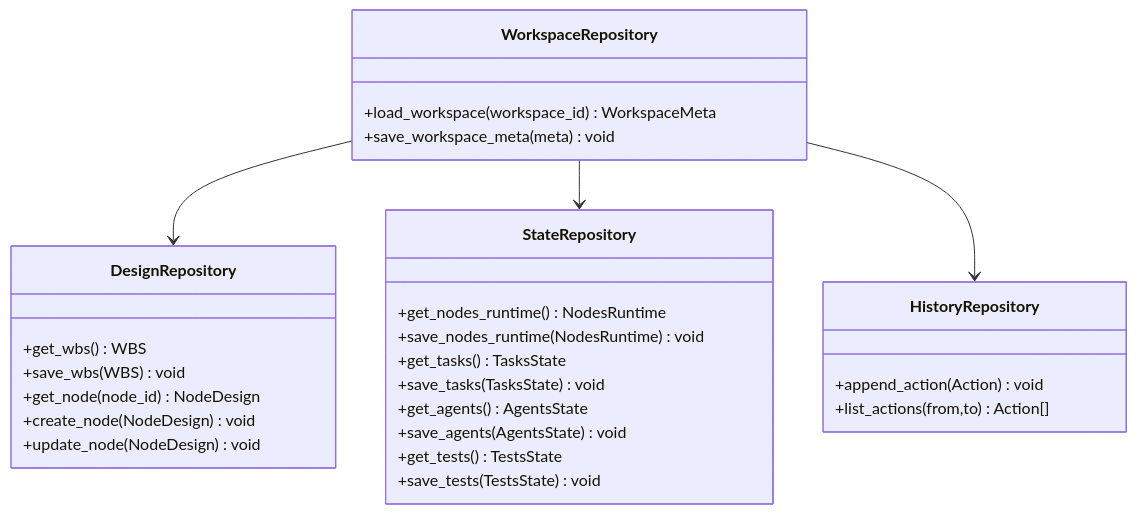
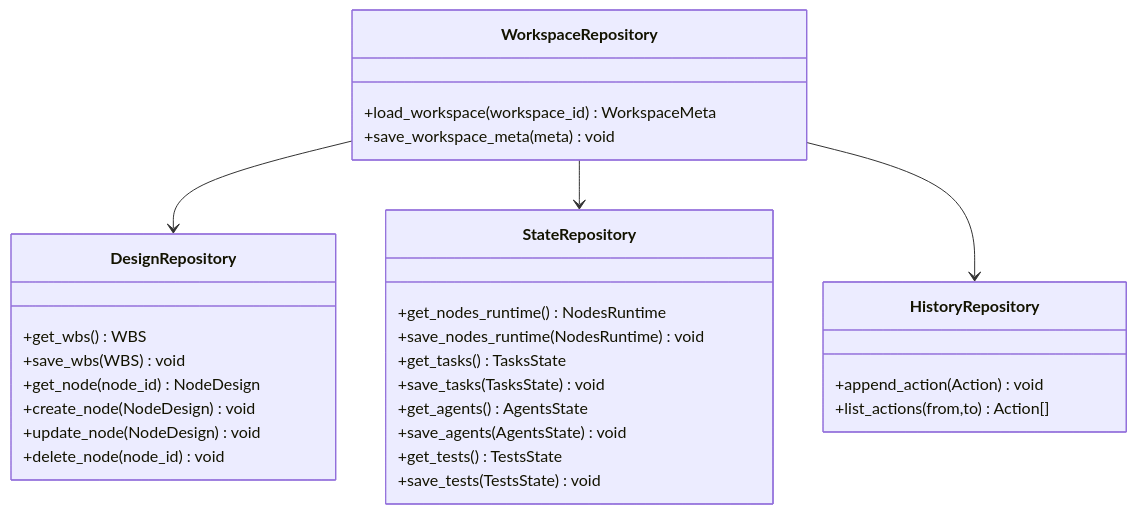
The seventh of 7 diagrams in docs/design/orchestrator-persistence-v2.md (biwakonbu/agent-runner), drawn with Mermaid before and after one commit. The commit also changed 38 other files, not shown here.

````diff
--- a/docs/design/orchestrator-persistence-v2.md
+++ b/docs/design/orchestrator-persistence-v2.md
@@ -508,35 +508,36 @@
 ```mermaid
 classDiagram
     class WorkspaceRepository {
       +load_workspace(workspace_id) WorkspaceMeta
       +save_workspace_meta(meta) void
     }
 
-    class DesignRepository {
-      +get_wbs() WBS
-      +save_wbs(WBS) void
-      +get_node(node_id) NodeDesign
-      +create_node(NodeDesign) void
-      +update_node(NodeDesign) void
-    }
+	    class DesignRepository {
+	      +get_wbs() WBS
+	      +save_wbs(WBS) void
+	      +get_node(node_id) NodeDesign
+	      +create_node(NodeDesign) void
+	      +update_node(NodeDesign) void
+	      +delete_node(node_id) void
+	    }
 
     class StateRepository {
       +get_nodes_runtime() NodesRuntime
       +save_nodes_runtime(NodesRuntime) void
       +get_tasks() TasksState
       +save_tasks(TasksState) void
       +get_agents() AgentsState
       +save_agents(AgentsState) void
       +get_tests() TestsState
       +save_tests(TestsState) void
     }
 
     class HistoryRepository {
       +append_action(Action) void
       +list_actions(from,to) Action[]
     }
 
     WorkspaceRepository --> DesignRepository
     WorkspaceRepository --> StateRepository
     WorkspaceRepository --> HistoryRepository
 ```
````
